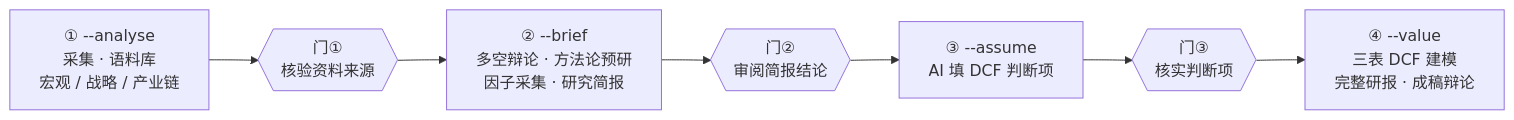
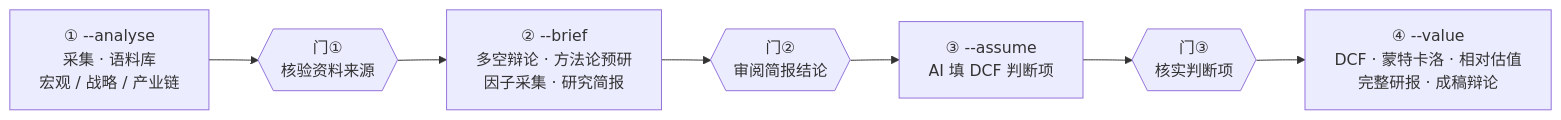
The second of 3 diagrams in README.md (928460495/ir-agent), drawn with Mermaid before and after one commit. The commit also changed other lines of this file, not shown here.

Commit message:
docs(readme): 补充多方法交叉验证 —— 蒙特卡洛、相对估值、综合估值区间

````diff
--- a/README.md
+++ b/README.md
@@ -77,9 +81,9 @@
 ```mermaid
 flowchart LR
     A["① --analyse<br/>采集 · 语料库<br/>宏观 / 战略 / 产业链"] --> G1{{"门①<br/>核验资料来源"}}
     G1 --> B["② --brief<br/>多空辩论 · 方法论预研<br/>因子采集 · 研究简报"]
     B --> G2{{"门②<br/>审阅简报结论"}}
     G2 --> C["③ --assume<br/>AI 填 DCF 判断项"]
     C --> G3{{"门③<br/>核实判断项"}}
-    G3 --> D["④ --value<br/>三表 DCF 建模<br/>完整研报 · 成稿辩论"]
+    G3 --> D["④ --value<br/>DCF · 蒙特卡洛 · 相对估值<br/>完整研报 · 成稿辩论"]
 ```
````
